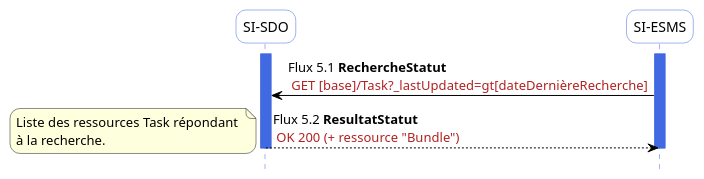
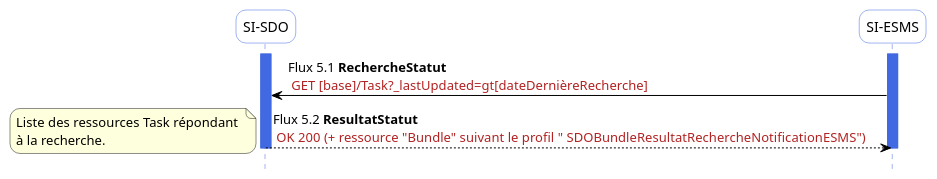
One commit to ansforge/IG-fhir-medicosocial-suivi-decisions-orientation changed the diagram in input/images-source/flux5.plantuml. Above: the diagram before and after it, drawn with PlantUML. The commit also changed 4 other files, not shown here.

Commit message:
Ajout nom de profil sur diagramme (#222)

```diff
--- a/input/images-source/flux5.plantuml
+++ b/input/images-source/flux5.plantuml
@@ -1,36 +1,36 @@
 @startuml flux5
 hide footbox
 
 skinparam sequence {
  arrowColor black
  ParticipantBorderColor RoyalBlue
  ParticipantBackgroundColor white
  LifeLineBorderColor RoyalBlue
  LifeLineBackgroundColor RoyalBlue
  ParticipantFontSize 14
  ParticipantFontName arial
  ParticipantPadding 20
 }
 skinparam  roundcorner 20
 
 
 participant "SI-SDO" as SDO
 participant "SI-ESMS" as ESMS
 activate SDO
 activate ESMS
 
 
 ESMS-[#black]> SDO : Flux 5.1 **RechercheStatut** \n <color #FireBrick>GET [base]/Task?_lastUpdated=gt[dateDernièreRecherche]</color>
-SDO-[#black]-> ESMS: Flux 5.2 **ResultatStatut** \n <color #FireBrick>OK 200 (+ ressource "Bundle")</color>
+SDO-[#black]-> ESMS: Flux 5.2 **ResultatStatut** \n <color #FireBrick>OK 200 (+ ressource "Bundle"  suivant le profil " SDOBundleResultatRechercheNotificationESMS")</color>
 
 note left
 Liste des ressources Task répondant 
 à la recherche.
 end note
 
 
 
 
 deactivate SDO
 deactivate ESMS
 @enduml
```
